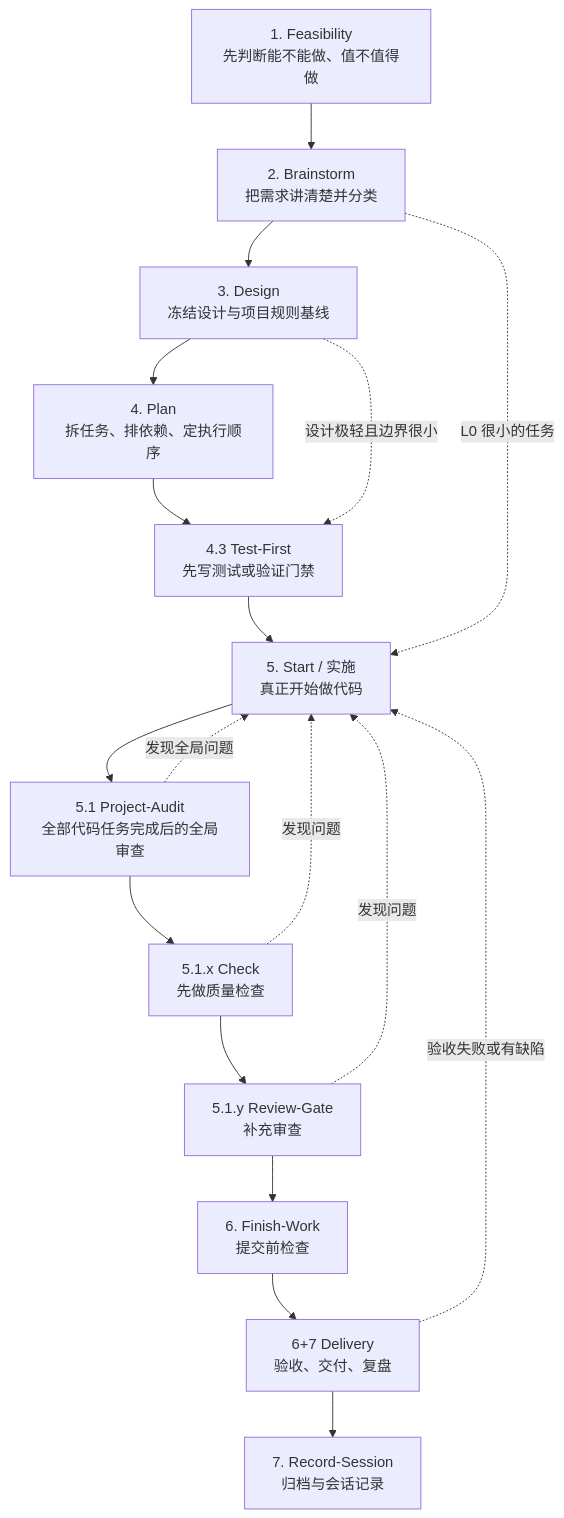
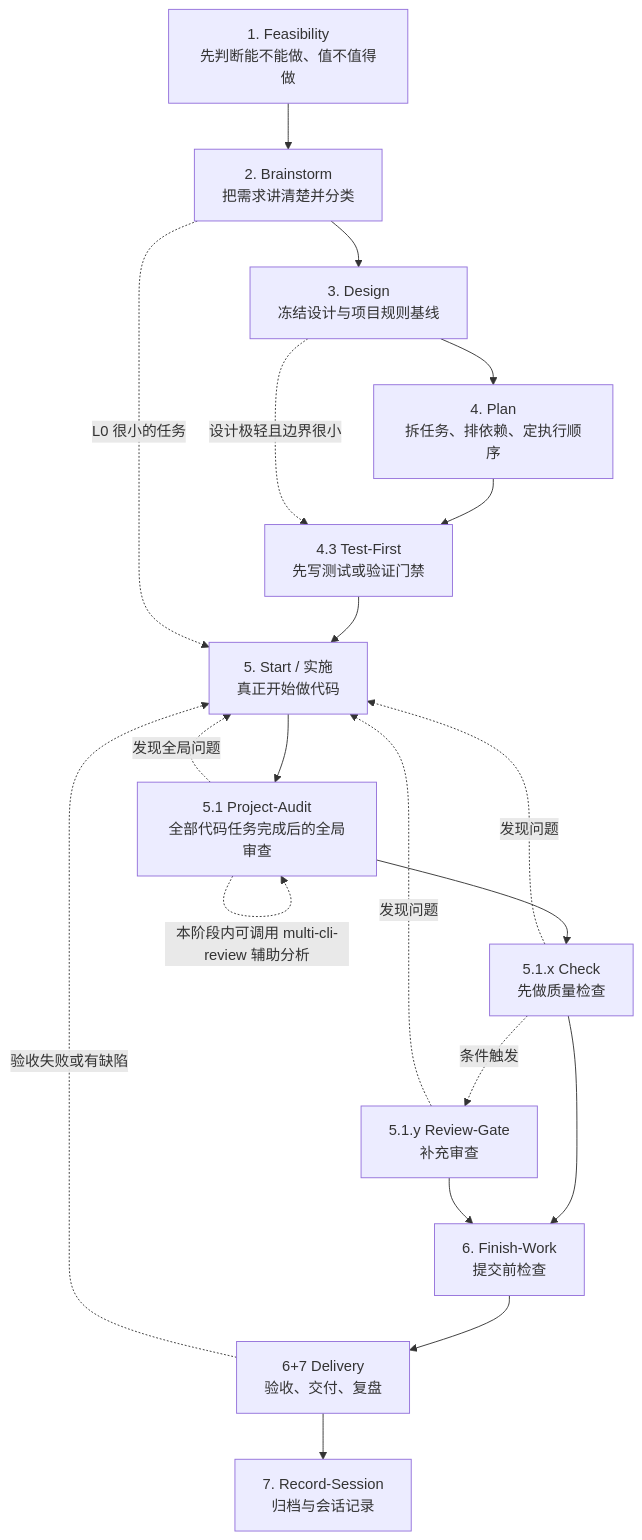
One commit to StarForAll/ai-coding-toolkit changed the diagram in docs/workflows/新项目开发工作流/工作流全局流转说明（通俗版）.md. Above: the diagram before and after it, drawn with Mermaid. The commit also changed other lines of this file and 11 other files, not shown here.

````diff
--- a/docs/workflows/新项目开发工作流/工作流全局流转说明（通俗版）.md
+++ b/docs/workflows/新项目开发工作流/工作流全局流转说明（通俗版）.md
@@ -41,21 +41,23 @@
 ```mermaid
 flowchart TD
     A[1. Feasibility<br/>先判断能不能做、值不值得做] --> B[2. Brainstorm<br/>把需求讲清楚并分类]
     B --> C[3. Design<br/>冻结设计与项目规则基线]
     C --> D[4. Plan<br/>拆任务、排依赖、定执行顺序]
     D --> E[4.3 Test-First<br/>先写测试或验证门禁]
     E --> F[5. Start / 实施<br/>真正开始做代码]
     F --> G[5.1 Project-Audit<br/>全部代码任务完成后的全局审查]
     G --> H[5.1.x Check<br/>先做质量检查]
-    H --> I[5.1.y Review-Gate<br/>补充审查]
-    I --> J[6. Finish-Work<br/>提交前检查]
+    H --> J[6. Finish-Work<br/>提交前检查]
+    H -. 条件触发 .-> I[5.1.y Review-Gate<br/>补充审查]
+    I --> J
     J --> K[6+7 Delivery<br/>验收、交付、复盘]
     K --> L[7. Record-Session<br/>归档与会话记录]
 
     B -. L0 很小的任务 .-> F
     C -. 设计极轻且边界很小 .-> E
     G -. 发现全局问题 .-> F
+    G -. 本阶段内可调用 multi-cli-review 辅助分析 .-> G
     H -. 发现问题 .-> F
     I -. 发现问题 .-> F
     K -. 验收失败或有缺陷 .-> F
 ```
````
